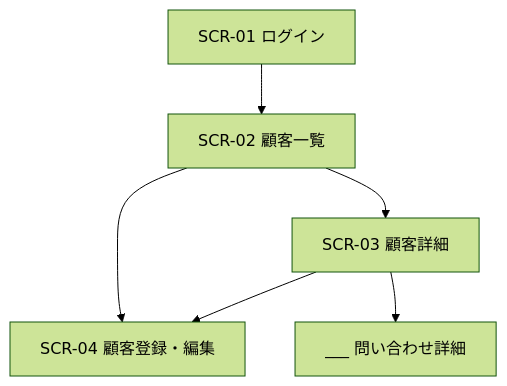
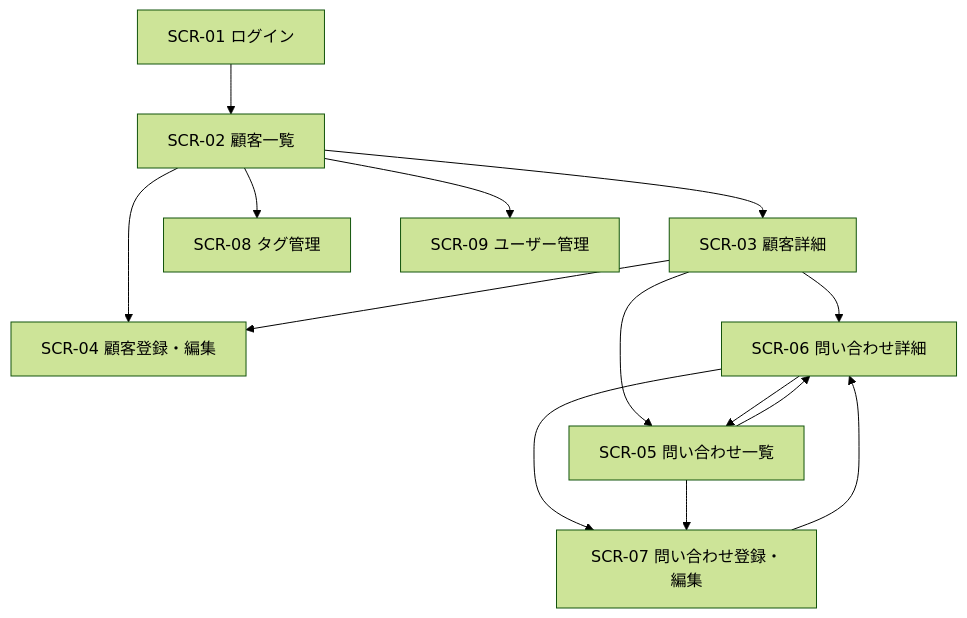
One commit to nanasinogonbei-493561/CRM_ForJava changed the second of 3 diagrams in docs/BD.md. Above: the diagram before and after it, drawn with Mermaid (forest theme). The commit also changed other lines of this file and 1 other file, not shown here.

````diff
--- a/docs/BD.md
+++ b/docs/BD.md
@@ -62,9 +65,16 @@
 ```mermaid
 flowchart TD
     L[SCR-01 ログイン] --> List[SCR-02 顧客一覧]
     List --> Detail[SCR-03 顧客詳細]
     List --> New[SCR-04 顧客登録・編集]
     Detail --> New
-    Detail --> Inq[___ 問い合わせ詳細]
-    %% ___ 残りの遷移を追記する
+    Detail --> Inq[SCR-06 問い合わせ詳細]
+    Detail --> InqList[SCR-05 問い合わせ一覧]
+    InqList --> Inq
+    Inq --> NewList[SCR-07 問い合わせ登録・編集]
+    NewList --> Inq
+    InqList --> NewList
+    Inq --> InqList
+    List --> Tag[SCR-08 タグ管理]
+    List --> User[SCR-09 ユーザー管理]
 ```
````
